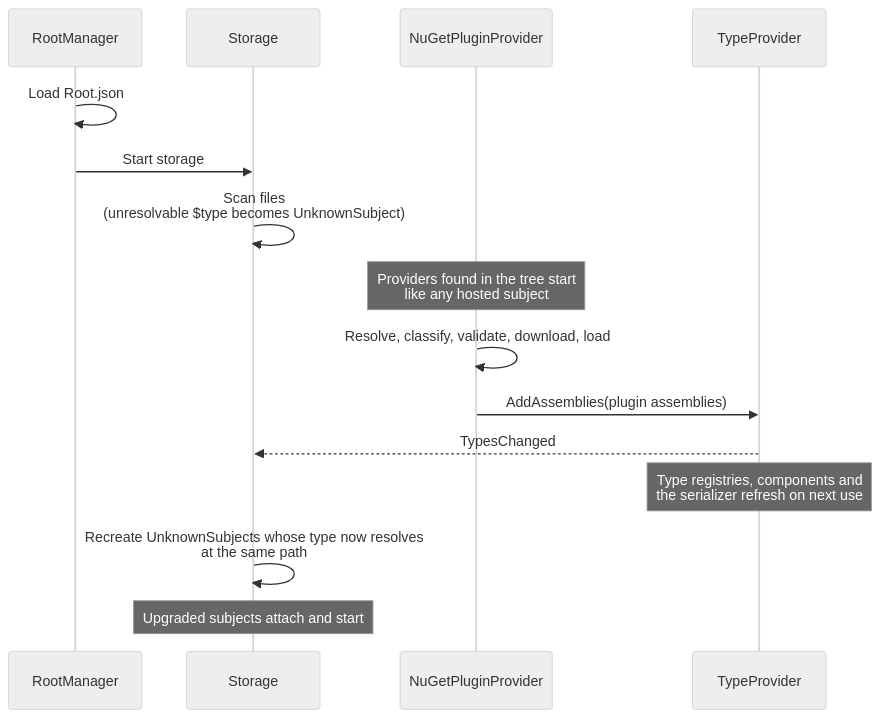
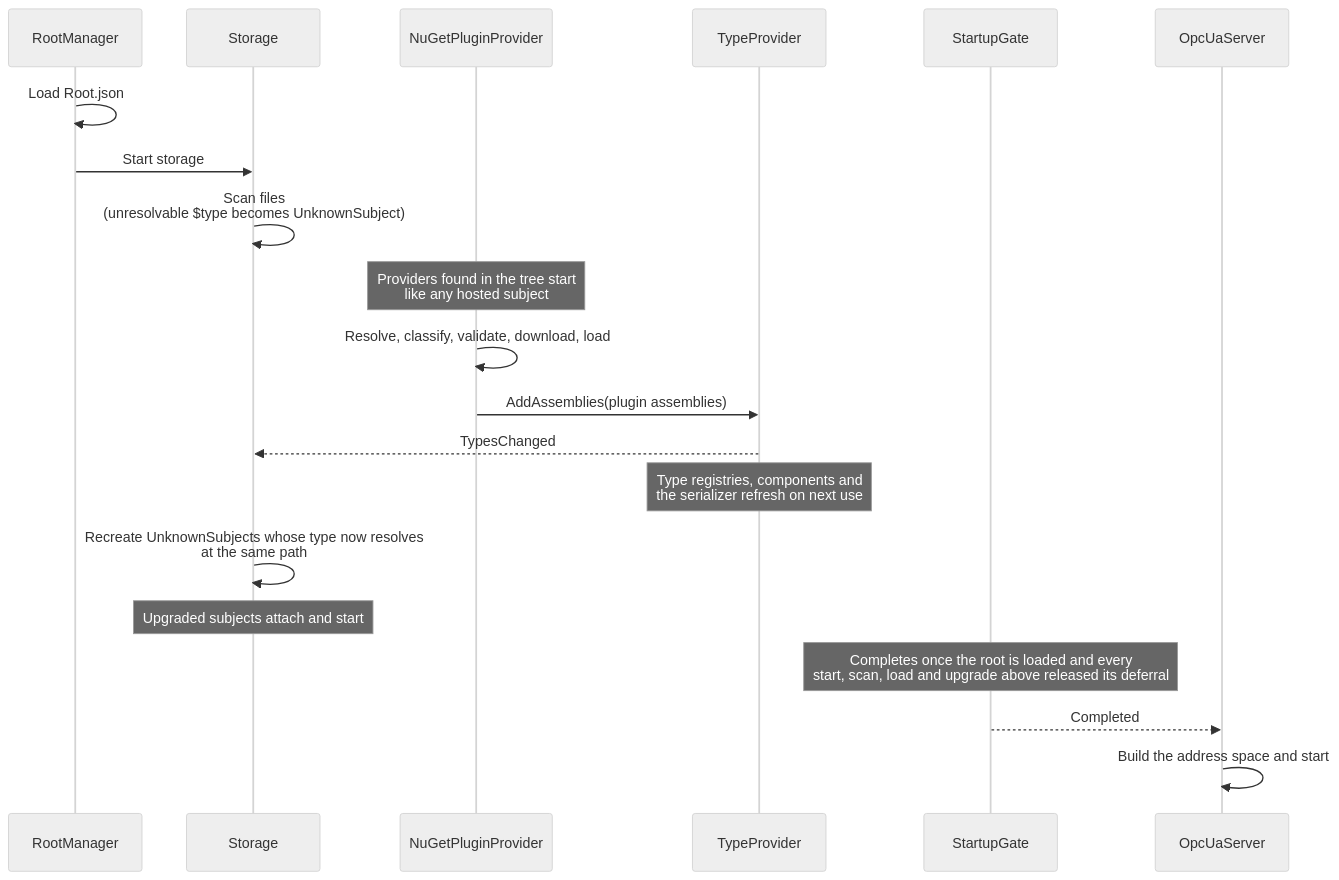
The second of 2 diagrams in src/HomeBlaze/HomeBlaze/Data/Files/Docs/architecture/design/plugins.md (RicoSuter/Namotion.Interceptor), drawn with Mermaid (neutral theme) before and after one commit. The commit also changed other lines of this file and 14 other files, not shown here.

Commit message:
fix: serialize HomeBlaze OPC UA server starts and bound the startup wait

````diff
--- a/src/HomeBlaze/HomeBlaze/Data/Files/Docs/architecture/design/plugins.md
+++ b/src/HomeBlaze/HomeBlaze/Data/Files/Docs/architecture/design/plugins.md
@@ -146,18 +146,23 @@
 ```mermaid
 sequenceDiagram
     participant RM as RootManager
     participant ST as Storage
     participant PP as NuGetPluginProvider
     participant TP as TypeProvider
+    participant SG as StartupGate
+    participant OS as OpcUaServer
 
     RM->>RM: Load Root.json
     RM->>ST: Start storage
     ST->>ST: Scan files<br/>(unresolvable $type becomes UnknownSubject)
     Note over PP: Providers found in the tree start<br/>like any hosted subject
     PP->>PP: Resolve, classify, validate, download, load
     PP->>TP: AddAssemblies(plugin assemblies)
     TP-->>ST: TypesChanged
     Note over TP: Type registries, components and<br/>the serializer refresh on next use
     ST->>ST: Recreate UnknownSubjects whose type now resolves<br/>at the same path
     Note over ST: Upgraded subjects attach and start
+    Note over SG: Completes once the root is loaded and every<br/>start, scan, load and upgrade above released its deferral
+    SG-->>OS: Completed
+    OS->>OS: Build the address space and start
 ```
````
